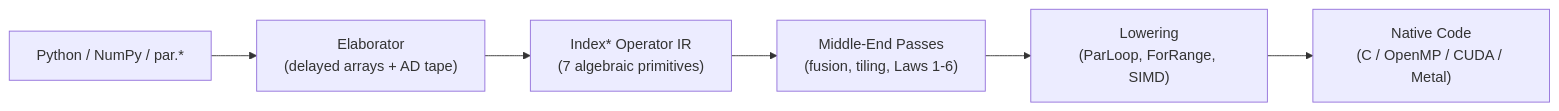
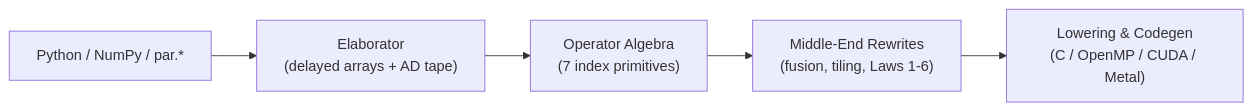
The first of 2 diagrams in docs/primitives.md (iskandr/parakeet), drawn with Mermaid before and after one commit. The commit also changed other lines of this file and 10 other files, not shown here.

````diff
--- a/docs/primitives.md
+++ b/docs/primitives.md
@@ -9,8 +8,7 @@
 ```mermaid
 flowchart LR
   PY["Python / NumPy / par.*"] --> ELAB["Elaborator<br/>(delayed arrays + AD tape)"]
-  ELAB --> IR["Index* Operator IR<br/>(7 algebraic primitives)"]
-  IR --> OPT["Middle-End Passes<br/>(fusion, tiling, Laws 1-6)"]
-  OPT --> LOW["Lowering<br/>(ParLoop, ForRange, SIMD)"]
-  LOW --> CODE["Native Code<br/>(C / OpenMP / CUDA / Metal)"]
+  ELAB --> IR["Operator Algebra<br/>(7 index primitives)"]
+  IR --> OPT["Middle-End Rewrites<br/>(fusion, tiling, Laws 1-6)"]
+  OPT --> LOW["Lowering & Codegen<br/>(C / OpenMP / CUDA / Metal)"]
 ```
````
